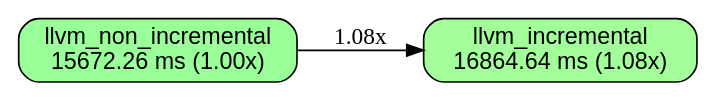
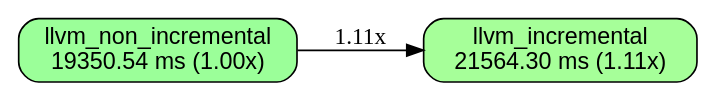
Before and after one commit to orgrinrt/hilavitkutin: the diagram in docs/BENCHES.build-static.clean_n25.linux-x86_64-c4-container-intel.dot, drawn with Graphviz. The commit also changed 29 other files, not shown here.

Commit message:
docs: regenerate the bench charts and add the run logs to the note

```diff
--- a/docs/BENCHES.build-static.clean_n25.linux-x86_64-c4-container-intel.dot
+++ b/docs/BENCHES.build-static.clean_n25.linux-x86_64-c4-container-intel.dot
@@ -1,14 +1,14 @@
 // AUTO-GENERATED: DO NOT EDIT DIRECTLY
 //
 // Generated by: mockspace (mock)
-// Generated at: 2026-11-16T08:49:43Z
+// Generated at: 2026-11-19T23:03:37Z
 // Source: mock/
 // To regenerate: cargo mock
 
 digraph "build-static/clean_n25 on linux-x86_64-c4-container-intel" {
   rankdir=LR;
   node [shape=box, style="rounded,filled", fontname="Helvetica"];
-  v0 [label="llvm_non_incremental\n15672.26 ms (1.00x)", fillcolor="0.330 0.4 1.0"];
-  v1 [label="llvm_incremental\n16864.64 ms (1.08x)", fillcolor="0.317 0.4 1.0"];
-  v0 -> v1 [label="1.08x"];
+  v0 [label="llvm_non_incremental\n19350.54 ms (1.00x)", fillcolor="0.330 0.4 1.0"];
+  v1 [label="llvm_incremental\n21564.30 ms (1.11x)", fillcolor="0.311 0.4 1.0"];
+  v0 -> v1 [label="1.11x"];
 }
```
